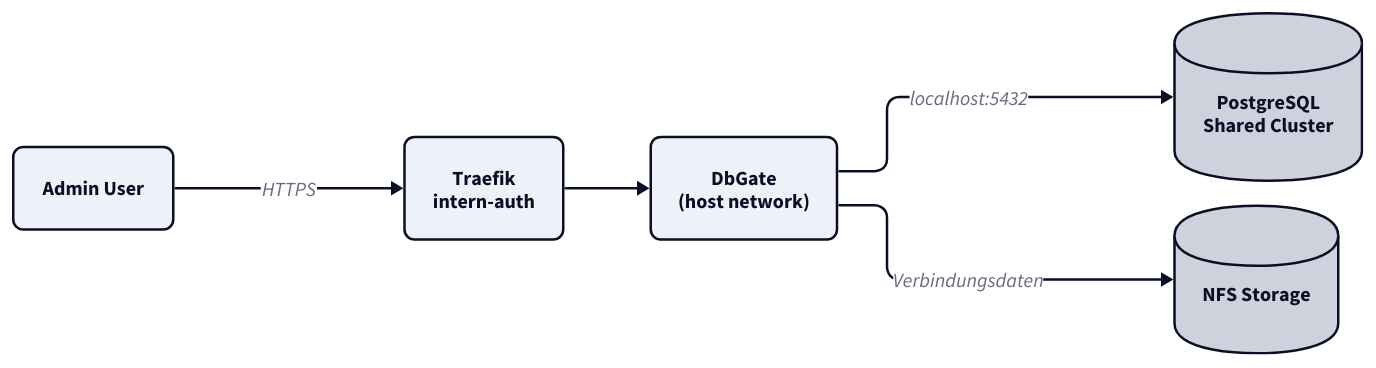
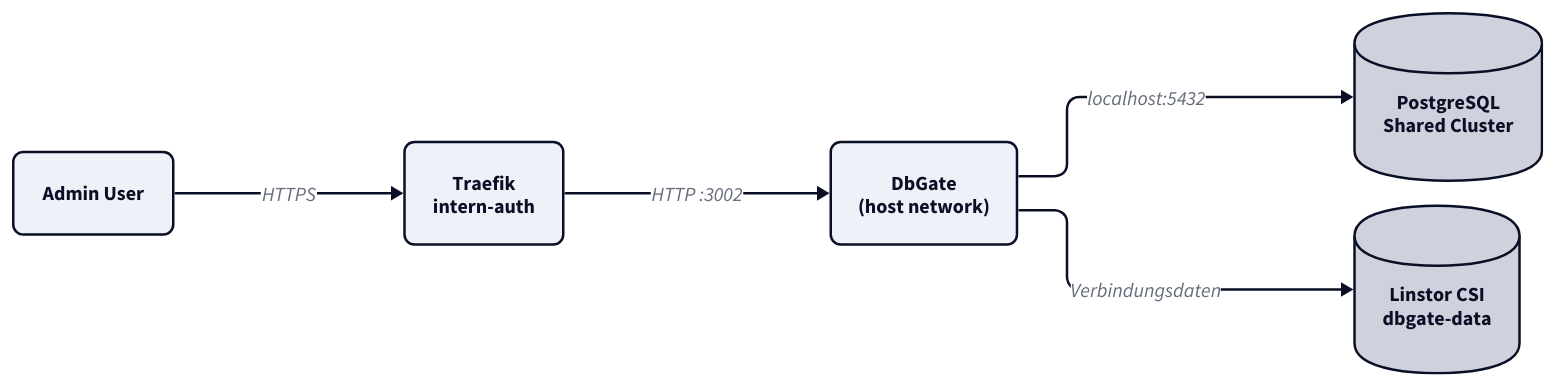
Before and after one commit to derever-labs/homelab-wiki: the diagram in docs/dbgate/index.md, drawn with D2. The commit also changed other lines of this file and 5 other files, not shown here.

First line of the commit message:
docs(storage): NFS-Angaben auf Linstor CSI korrigiert (6 Seiten) (#57)

````diff
--- a/docs/dbgate/index.md
+++ b/docs/dbgate/index.md
@@ -26,29 +26,29 @@
 ```d2
 vars: {
   d2-config: {
     theme-id: 1
     layout-engine: elk
   }
 }
 
 classes: {
   node: {
     style: {
       border-radius: 8
     }
   }
 }
 
 direction: right
 
 User: Admin User { class: node }
 Traefik: "Traefik\nintern-auth" { class: node }
 DbGate: "DbGate\n(host network)" { class: node }
 PG: "PostgreSQL\nShared Cluster" { shape: cylinder }
-NFS: "NFS Storage" { shape: cylinder }
+CSI: "Linstor CSI\ndbgate-data" { shape: cylinder }
 
 User -> Traefik: HTTPS
-Traefik -> DbGate
+Traefik -> DbGate: HTTP :3002
 DbGate -> PG: localhost:5432
-DbGate -> NFS: Verbindungsdaten
+DbGate -> CSI: Verbindungsdaten
 ```
````
